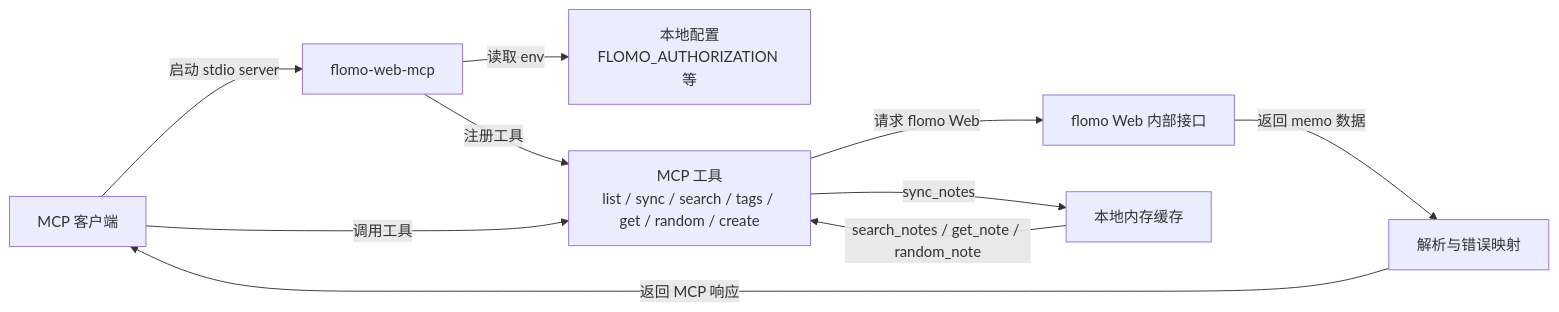
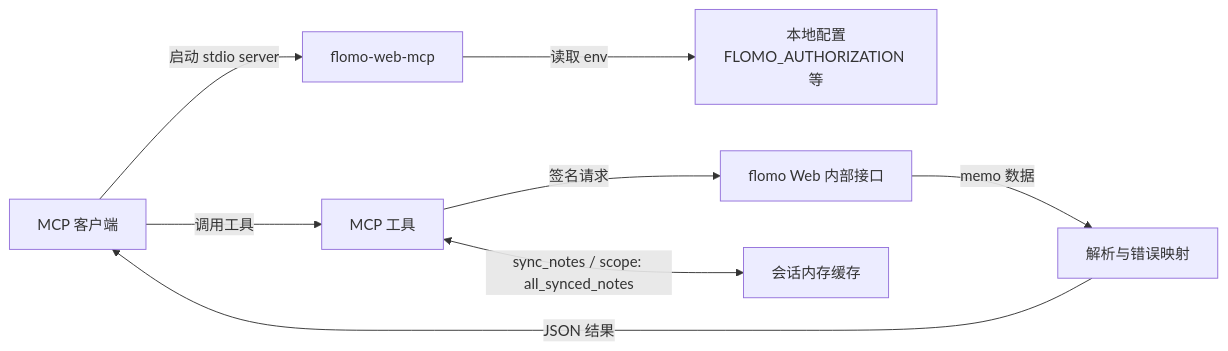
Before and after one commit to godisabug/flomo-web-mcp: the diagram in README.md, drawn with Mermaid. The commit also changed other lines of this file and 7 other files, not shown here.

First line of the commit message:
docs: rework README and share common sections with flomo-web-cli

````diff
--- a/README.md
+++ b/README.md
@@ -27,12 +162,10 @@
 ```mermaid
 flowchart LR
   Host["MCP 客户端"] -->|启动 stdio server| Server["flomo-web-mcp"]
   Server -->|读取 env| Config["本地配置<br/>FLOMO_AUTHORIZATION 等"]
-  Server -->|注册工具| Tools["MCP 工具<br/>list / sync / search / tags / get / random / create"]
-  Host -->|调用工具| Tools
-  Tools -->|请求 flomo Web| Flomo["flomo Web 内部接口"]
-  Flomo -->|返回 memo 数据| Parser["解析与错误映射"]
-  Parser -->|返回 MCP 响应| Host
-  Tools -->|sync_notes| Cache["本地内存缓存"]
-  Cache -->|search_notes / get_note / random_note| Tools
+  Host -->|调用工具| Tools["MCP 工具"]
+  Tools -->|签名请求| Flomo["flomo Web 内部接口"]
+  Flomo -->|memo 数据| Parser["解析与错误映射"]
+  Parser -->|JSON 结果| Host
+  Tools <-->|sync_notes / scope: all_synced_notes| Cache["会话内存缓存"]
 ```
````
